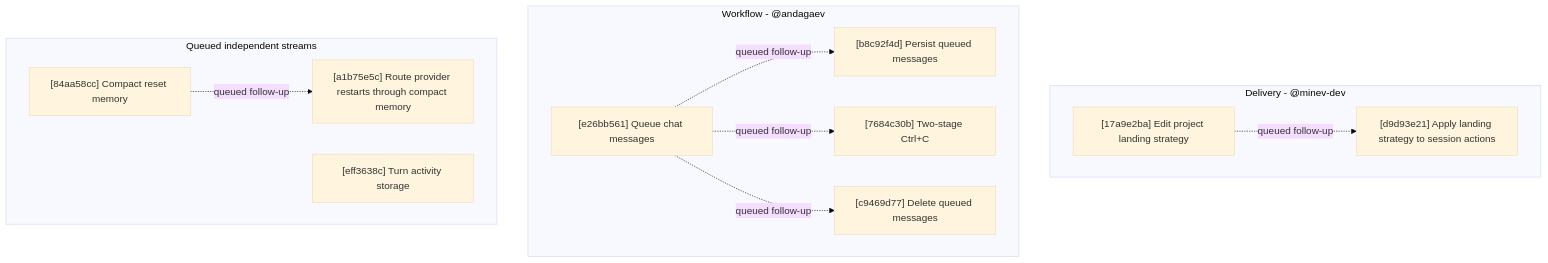
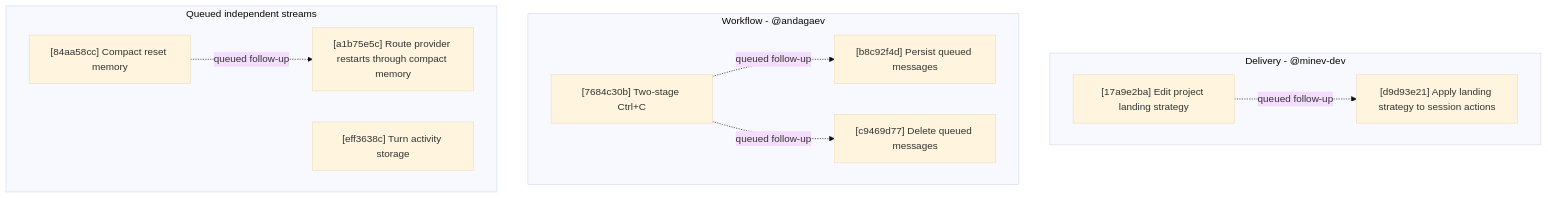
The diagram in docs/plan/roadmap.md (agentty-xyz/agentty), drawn with Mermaid (base theme) before and after one commit. The commit also changed other lines of this file and 21 other files, not shown here.

````diff
--- a/docs/plan/roadmap.md
+++ b/docs/plan/roadmap.md
@@ -101,25 +100,23 @@
 ```mermaid
 flowchart TD
     subgraph DeliveryLane["Delivery - @minev-dev"]
         D1["[17a9e2ba] Edit project landing strategy"]
         D2["[d9d93e21] Apply landing strategy to session actions"]
         D1 -. queued follow-up .-> D2
     end
 
     subgraph WorkflowLane["Workflow - @andagaev"]
-        W1["[e26bb561] Queue chat messages"]
+        W3["[7684c30b] Two-stage Ctrl+C"]
         W2["[b8c92f4d] Persist queued messages"]
-        W3["[7684c30b] Two-stage Ctrl+C"]
         W4["[c9469d77] Delete queued messages"]
-        W1 -. queued follow-up .-> W2
-        W1 -. queued follow-up .-> W3
-        W1 -. queued follow-up .-> W4
+        W3 -. queued follow-up .-> W2
+        W3 -. queued follow-up .-> W4
     end
 
     subgraph LaterLanes["Queued independent streams"]
         P1["[84aa58cc] Compact reset memory"]
         P2["[a1b75e5c] Route provider restarts through compact memory"]
         S1["[eff3638c] Turn activity storage"]
         P1 -. queued follow-up .-> P2
     end
 ```
````
